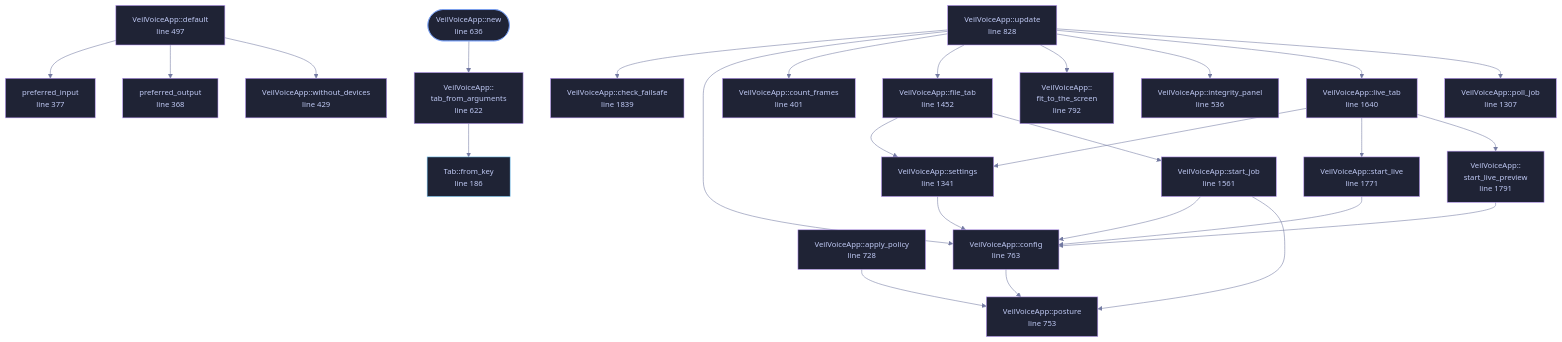
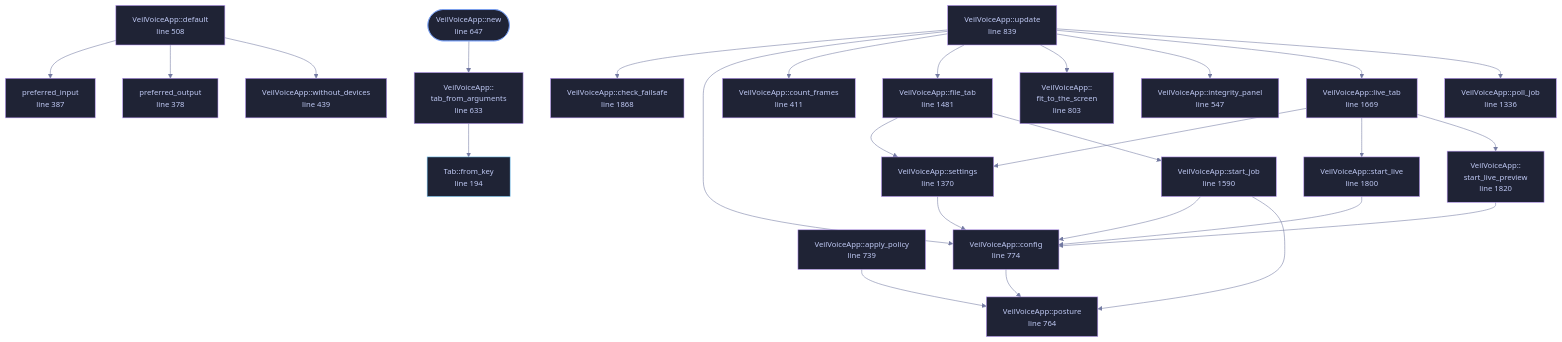
One commit to tilas01/veilvoice changed the diagram in docs/files/veilvoice-gui/app.md. Above: the diagram before and after it, drawn with Mermaid. The commit also changed other lines of this file and 81 other files, not shown here.

````diff
--- a/docs/files/veilvoice-gui/app.md
+++ b/docs/files/veilvoice-gui/app.md
@@ -181,79 +181,79 @@
 ```mermaid
 %%{init: {"theme":"base","themeVariables":{"background":"#1a1b26","primaryColor":"#1f2335","primaryTextColor":"#c0caf5","primaryBorderColor":"#7aa2f7","secondaryColor":"#16161e","tertiaryColor":"#16161e","lineColor":"#737aa2","textColor":"#c0caf5","mainBkg":"#1f2335","nodeBorder":"#7aa2f7","clusterBkg":"#16161e","clusterBorder":"#2f3549","fontFamily":"ui-monospace, SFMono-Regular, Consolas, monospace","fontSize":"14px"}}}%%
 flowchart TD
-    n_from_key["Tab::from_key<br/>line 186"]
-    n_preferred_output["preferred_output<br/>line 368"]
-    n_preferred_input["preferred_input<br/>line 377"]
-    n_count_frames["VeilVoiceApp::count_frames<br/>line 401"]
-    n_without_devices["VeilVoiceApp::without_devices<br/>line 429"]
-    n_default["VeilVoiceApp::default<br/>line 497"]
-    n_integrity_panel["VeilVoiceApp::integrity_panel<br/>line 536"]
-    n_tab_from_arguments["VeilVoiceApp::<br/>tab_from_arguments<br/>line 622"]
-    n_new(["VeilVoiceApp::new<br/>line 636"])
-    n_apply_policy["VeilVoiceApp::apply_policy<br/>line 728"]
-    n_posture["VeilVoiceApp::posture<br/>line 753"]
-    n_config["VeilVoiceApp::config<br/>line 763"]
-    n_fit_to_the_screen["VeilVoiceApp::<br/>fit_to_the_screen<br/>line 792"]
-    n_update["VeilVoiceApp::update<br/>line 828"]
-    n_poll_job["VeilVoiceApp::poll_job<br/>line 1307"]
-    n_settings["VeilVoiceApp::settings<br/>line 1341"]
-    n_file_tab["VeilVoiceApp::file_tab<br/>line 1452"]
-    n_start_job["VeilVoiceApp::start_job<br/>line 1561"]
-    n_live_tab["VeilVoiceApp::live_tab<br/>line 1640"]
-    n_start_live["VeilVoiceApp::start_live<br/>line 1771"]
-    n_start_live_preview["VeilVoiceApp::<br/>start_live_preview<br/>line 1791"]
-    n_check_failsafe["VeilVoiceApp::check_failsafe<br/>line 1839"]
+    n_from_key["Tab::from_key<br/>line 194"]
+    n_preferred_output["preferred_output<br/>line 378"]
+    n_preferred_input["preferred_input<br/>line 387"]
+    n_count_frames["VeilVoiceApp::count_frames<br/>line 411"]
+    n_without_devices["VeilVoiceApp::without_devices<br/>line 439"]
+    n_default["VeilVoiceApp::default<br/>line 508"]
+    n_integrity_panel["VeilVoiceApp::integrity_panel<br/>line 547"]
+    n_tab_from_arguments["VeilVoiceApp::<br/>tab_from_arguments<br/>line 633"]
+    n_new(["VeilVoiceApp::new<br/>line 647"])
+    n_apply_policy["VeilVoiceApp::apply_policy<br/>line 739"]
+    n_posture["VeilVoiceApp::posture<br/>line 764"]
+    n_config["VeilVoiceApp::config<br/>line 774"]
+    n_fit_to_the_screen["VeilVoiceApp::<br/>fit_to_the_screen<br/>line 803"]
+    n_update["VeilVoiceApp::update<br/>line 839"]
+    n_poll_job["VeilVoiceApp::poll_job<br/>line 1336"]
+    n_settings["VeilVoiceApp::settings<br/>line 1370"]
+    n_file_tab["VeilVoiceApp::file_tab<br/>line 1481"]
+    n_start_job["VeilVoiceApp::start_job<br/>line 1590"]
+    n_live_tab["VeilVoiceApp::live_tab<br/>line 1669"]
+    n_start_live["VeilVoiceApp::start_live<br/>line 1800"]
+    n_start_live_preview["VeilVoiceApp::<br/>start_live_preview<br/>line 1820"]
+    n_check_failsafe["VeilVoiceApp::check_failsafe<br/>line 1868"]
     n_apply_policy --> n_posture
     n_config --> n_posture
     n_default --> n_preferred_input
     n_default --> n_preferred_output
     n_default --> n_without_devices
     n_file_tab --> n_settings
     n_file_tab --> n_start_job
     n_live_tab --> n_settings
     n_live_tab --> n_start_live
     n_live_tab --> n_start_live_preview
     n_new --> n_tab_from_arguments
     n_settings --> n_config
     n_start_job --> n_config
     n_start_job --> n_posture
     n_start_live --> n_config
     n_start_live_preview --> n_config
     n_tab_from_arguments --> n_from_key
     n_update --> n_check_failsafe
     n_update --> n_config
     n_update --> n_count_frames
     n_update --> n_file_tab
     n_update --> n_fit_to_the_screen
     n_update --> n_integrity_panel
     n_update --> n_live_tab
     n_update --> n_poll_job
-    click n_from_key href "https://github.com/tilas01/veilvoice/blob/main/crates/veilvoice-gui/src/app.rs#L186" "open the source"
-    click n_preferred_output href "https://github.com/tilas01/veilvoice/blob/main/crates/veilvoice-gui/src/app.rs#L368" "open the source"
-    click n_preferred_input href "https://github.com/tilas01/veilvoice/blob/main/crates/veilvoice-gui/src/app.rs#L377" "open the source"
-    click n_count_frames href "https://github.com/tilas01/veilvoice/blob/main/crates/veilvoice-gui/src/app.rs#L401" "open the source"
-    click n_without_devices href "https://github.com/tilas01/veilvoice/blob/main/crates/veilvoice-gui/src/app.rs#L429" "open the source"
-    click n_default href "https://github.com/tilas01/veilvoice/blob/main/crates/veilvoice-gui/src/app.rs#L497" "open the source"
-    click n_integrity_panel href "https://github.com/tilas01/veilvoice/blob/main/crates/veilvoice-gui/src/app.rs#L536" "open the source"
-    click n_tab_from_arguments href "https://github.com/tilas01/veilvoice/blob/main/crates/veilvoice-gui/src/app.rs#L622" "open the source"
-    click n_new href "https://github.com/tilas01/veilvoice/blob/main/crates/veilvoice-gui/src/app.rs#L636" "open the source"
-    click n_apply_policy href "https://github.com/tilas01/veilvoice/blob/main/crates/veilvoice-gui/src/app.rs#L728" "open the source"
-    click n_posture href "https://github.com/tilas01/veilvoice/blob/main/crates/veilvoice-gui/src/app.rs#L753" "open the source"
-    click n_config href "https://github.com/tilas01/veilvoice/blob/main/crates/veilvoice-gui/src/app.rs#L763" "open the source"
-    click n_fit_to_the_screen href "https://github.com/tilas01/veilvoice/blob/main/crates/veilvoice-gui/src/app.rs#L792" "open the source"
-    click n_update href "https://github.com/tilas01/veilvoice/blob/main/crates/veilvoice-gui/src/app.rs#L828" "open the source"
-    click n_poll_job href "https://github.com/tilas01/veilvoice/blob/main/crates/veilvoice-gui/src/app.rs#L1307" "open the source"
-    click n_settings href "https://github.com/tilas01/veilvoice/blob/main/crates/veilvoice-gui/src/app.rs#L1341" "open the source"
-    click n_file_tab href "https://github.com/tilas01/veilvoice/blob/main/crates/veilvoice-gui/src/app.rs#L1452" "open the source"
-    click n_start_job href "https://github.com/tilas01/veilvoice/blob/main/crates/veilvoice-gui/src/app.rs#L1561" "open the source"
-    click n_live_tab href "https://github.com/tilas01/veilvoice/blob/main/crates/veilvoice-gui/src/app.rs#L1640" "open the source"
-    click n_start_live href "https://github.com/tilas01/veilvoice/blob/main/crates/veilvoice-gui/src/app.rs#L1771" "open the source"
-    click n_start_live_preview href "https://github.com/tilas01/veilvoice/blob/main/crates/veilvoice-gui/src/app.rs#L1791" "open the source"
-    click n_check_failsafe href "https://github.com/tilas01/veilvoice/blob/main/crates/veilvoice-gui/src/app.rs#L1839" "open the source"
+    click n_from_key href "https://github.com/tilas01/veilvoice/blob/main/crates/veilvoice-gui/src/app.rs#L194" "open the source"
+    click n_preferred_output href "https://github.com/tilas01/veilvoice/blob/main/crates/veilvoice-gui/src/app.rs#L378" "open the source"
+    click n_preferred_input href "https://github.com/tilas01/veilvoice/blob/main/crates/veilvoice-gui/src/app.rs#L387" "open the source"
+    click n_count_frames href "https://github.com/tilas01/veilvoice/blob/main/crates/veilvoice-gui/src/app.rs#L411" "open the source"
+    click n_without_devices href "https://github.com/tilas01/veilvoice/blob/main/crates/veilvoice-gui/src/app.rs#L439" "open the source"
+    click n_default href "https://github.com/tilas01/veilvoice/blob/main/crates/veilvoice-gui/src/app.rs#L508" "open the source"
+    click n_integrity_panel href "https://github.com/tilas01/veilvoice/blob/main/crates/veilvoice-gui/src/app.rs#L547" "open the source"
+    click n_tab_from_arguments href "https://github.com/tilas01/veilvoice/blob/main/crates/veilvoice-gui/src/app.rs#L633" "open the source"
+    click n_new href "https://github.com/tilas01/veilvoice/blob/main/crates/veilvoice-gui/src/app.rs#L647" "open the source"
+    click n_apply_policy href "https://github.com/tilas01/veilvoice/blob/main/crates/veilvoice-gui/src/app.rs#L739" "open the source"
+    click n_posture href "https://github.com/tilas01/veilvoice/blob/main/crates/veilvoice-gui/src/app.rs#L764" "open the source"
+    click n_config href "https://github.com/tilas01/veilvoice/blob/main/crates/veilvoice-gui/src/app.rs#L774" "open the source"
+    click n_fit_to_the_screen href "https://github.com/tilas01/veilvoice/blob/main/crates/veilvoice-gui/src/app.rs#L803" "open the source"
+    click n_update href "https://github.com/tilas01/veilvoice/blob/main/crates/veilvoice-gui/src/app.rs#L839" "open the source"
+    click n_poll_job href "https://github.com/tilas01/veilvoice/blob/main/crates/veilvoice-gui/src/app.rs#L1336" "open the source"
+    click n_settings href "https://github.com/tilas01/veilvoice/blob/main/crates/veilvoice-gui/src/app.rs#L1370" "open the source"
+    click n_file_tab href "https://github.com/tilas01/veilvoice/blob/main/crates/veilvoice-gui/src/app.rs#L1481" "open the source"
+    click n_start_job href "https://github.com/tilas01/veilvoice/blob/main/crates/veilvoice-gui/src/app.rs#L1590" "open the source"
+    click n_live_tab href "https://github.com/tilas01/veilvoice/blob/main/crates/veilvoice-gui/src/app.rs#L1669" "open the source"
+    click n_start_live href "https://github.com/tilas01/veilvoice/blob/main/crates/veilvoice-gui/src/app.rs#L1800" "open the source"
+    click n_start_live_preview href "https://github.com/tilas01/veilvoice/blob/main/crates/veilvoice-gui/src/app.rs#L1820" "open the source"
+    click n_check_failsafe href "https://github.com/tilas01/veilvoice/blob/main/crates/veilvoice-gui/src/app.rs#L1868" "open the source"
     classDef entry fill:#1f2335,stroke:#7aa2f7,color:#c0caf5
     class n_new entry
     classDef api fill:#1f2335,stroke:#7dcfff,color:#c0caf5
     class n_from_key api
     classDef helper fill:#1f2335,stroke:#bb9af7,color:#c0caf5
     class n_preferred_output,n_preferred_input,n_count_frames,n_without_devices,n_default,n_integrity_panel,n_tab_from_arguments,n_apply_policy,n_posture,n_config,n_fit_to_the_screen,n_update,n_poll_job,n_settings,n_file_tab,n_start_job,n_live_tab,n_start_live,n_start_live_preview,n_check_failsafe helper
 ```
````
